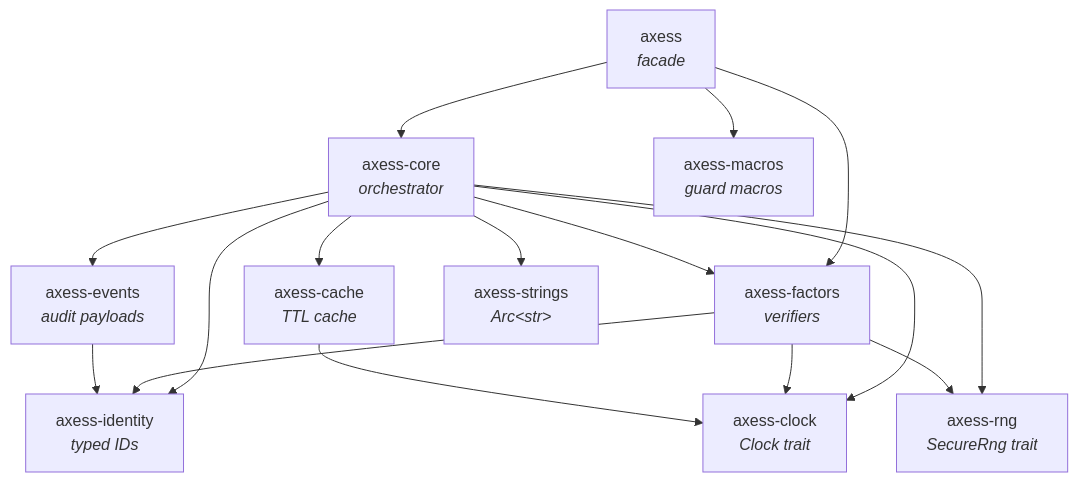
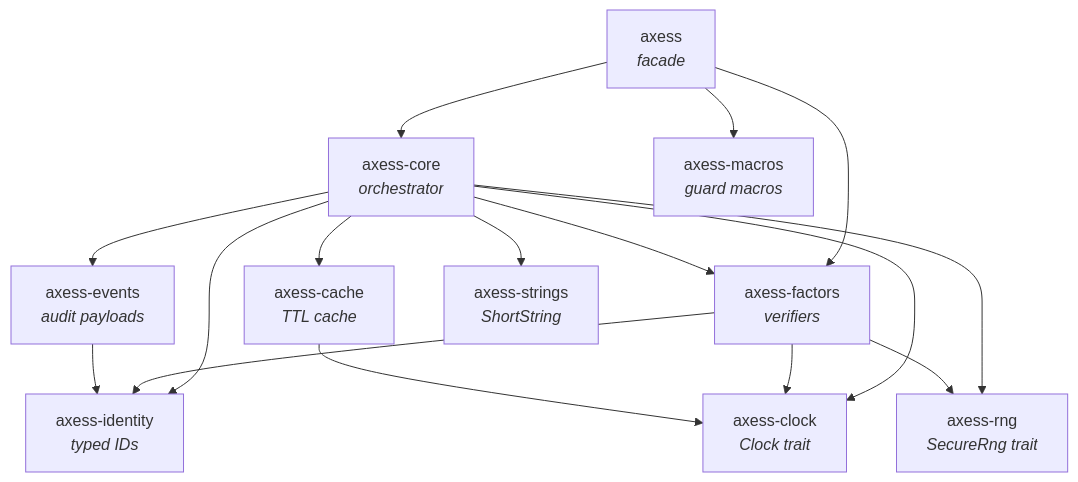
Before and after one commit to GnomesOfZurich/axess: the first of 2 diagrams in docs/intro/architecture.md, drawn with Mermaid. The commit also changed other lines of this file and 160 other files, not shown here.

````diff
--- a/docs/intro/architecture.md
+++ b/docs/intro/architecture.md
@@ -23,32 +23,32 @@
 ```mermaid
 flowchart TD
   facade["axess<br/><i>facade</i>"]
   core["axess-core<br/><i>orchestrator</i>"]
   factors["axess-factors<br/><i>verifiers</i>"]
   macros["axess-macros<br/><i>guard macros</i>"]
   identity["axess-identity<br/><i>typed IDs</i>"]
   events["axess-events<br/><i>audit payloads</i>"]
   cache["axess-cache<br/><i>TTL cache</i>"]
   clock["axess-clock<br/><i>Clock trait</i>"]
   rng["axess-rng<br/><i>SecureRng trait</i>"]
-  strings["axess-strings<br/><i>Arc&lt;str&gt;</i>"]
+  strings["axess-strings<br/><i>ShortString</i>"]
 
   facade --> core
   facade --> factors
   facade --> macros
 
   core --> factors
   core --> identity
   core --> events
   core --> cache
   core --> clock
   core --> rng
   core --> strings
 
   factors --> identity
   factors --> clock
   factors --> rng
 
   cache --> clock
   events --> identity
 ```
````
